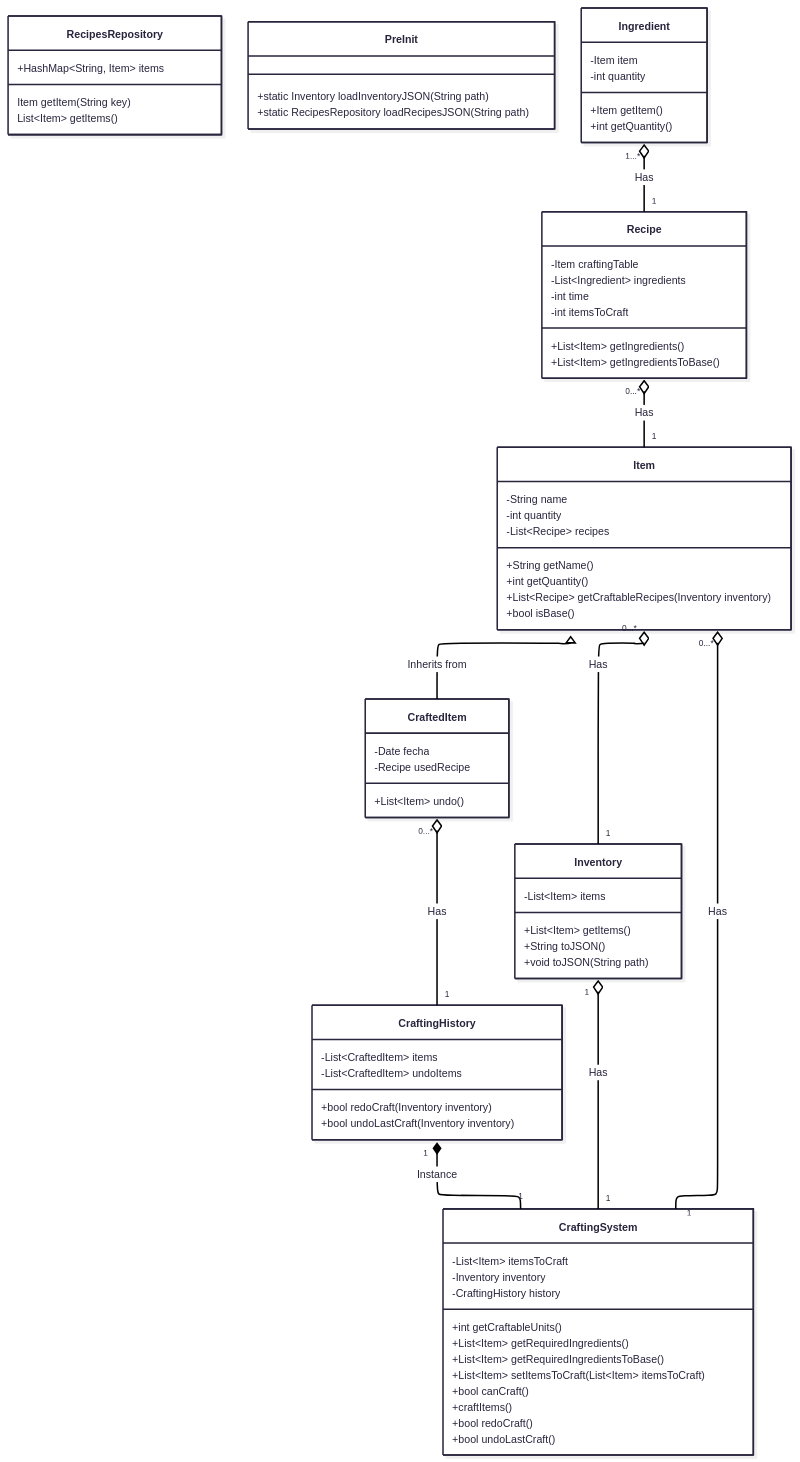
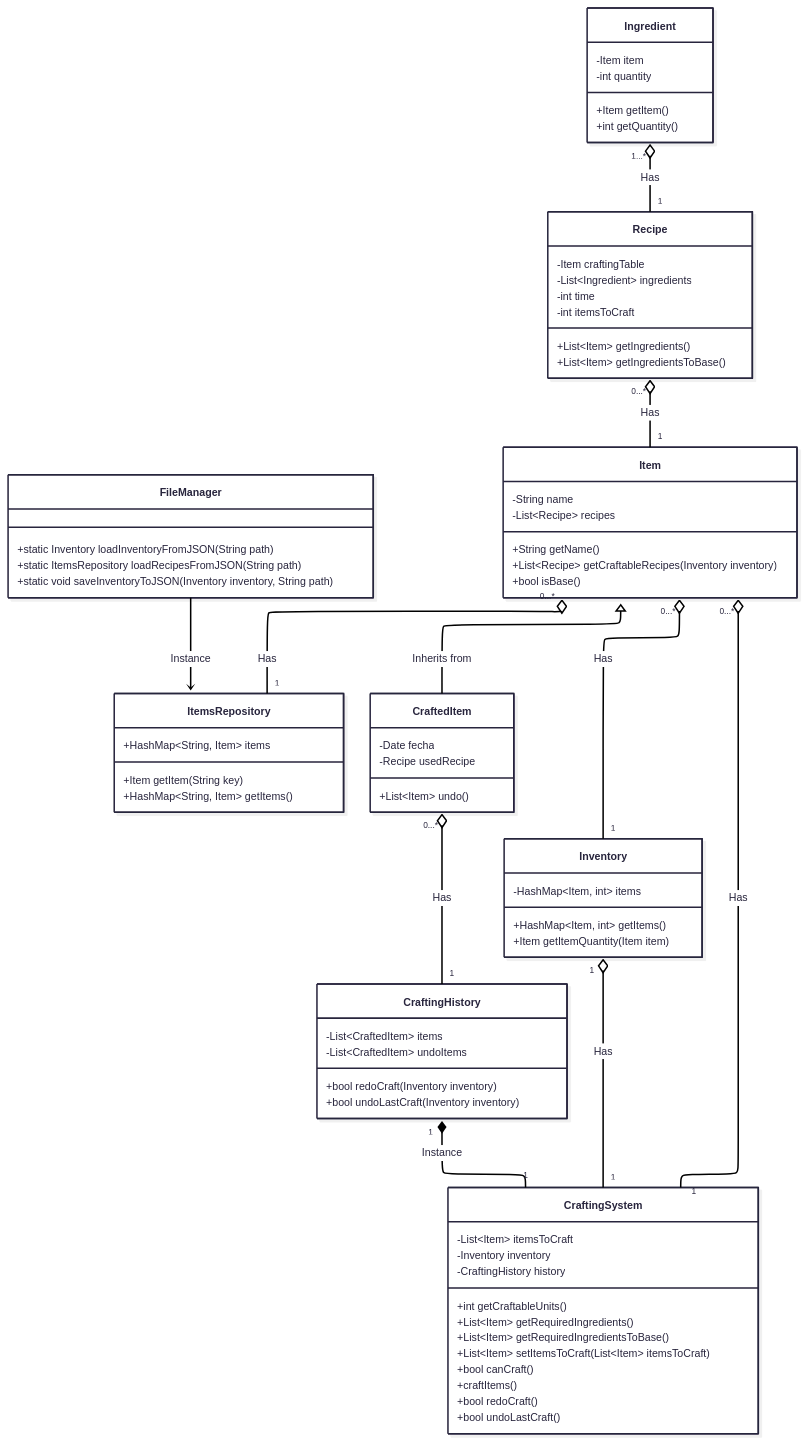
The first of 2 diagrams in README.md (hozlucas28/Java-Practical-Work-2025), drawn with Mermaid before and after one commit.

Commit message:
doc: improve class diagram

```diff
--- a/README.md
+++ b/README.md
@@ -64,25 +64,24 @@
 classDiagram
 direction TB
 
-    class RecipesRepository {
+    class FileManager {
+	    +static Inventory loadInventoryFromJSON(String path)
+	    +static ItemsRepository loadRecipesFromJSON(String path)
+	    +static void saveInventoryToJSON(Inventory inventory, String path)
+    }
+
+    class ItemsRepository {
 	    +HashMap~String, Item~ items
 
-	    Item getItem(String key)
-	    List~Item~ getItems()
-    }
-
-    class PreInit {
-	    +static Inventory loadInventoryJSON(String path)
-	    +static RecipesRepository loadRecipesJSON(String path)
+	    +Item getItem(String key)
+	    +HashMap~String, Item~ getItems()
     }
 
     class Item {
 	    -String name
-	    -int quantity
 	    -List~Recipe~ recipes
 
 	    +String getName()
-	    +int getQuantity()
 	    +List~Recipe~ getCraftableRecipes(Inventory inventory)
 	    +bool isBase()
     }
@@ -98,11 +97,10 @@
     }
 
     class Inventory {
-	    -List~Item~ items
+        -HashMap~Item, int~ items
 
-	    +List~Item~ getItems()
-	    +String toJSON()
-	    +void toJSON(String path)
+	    +HashMap~Item, int~ getItems()
+	    +Item getItemQuantity(Item item)
     }
 
     class CraftedItem {
@@ -143,6 +141,9 @@
 	    +bool undoLastCraft(Inventory inventory)
     }
 
+    FileManager --> ItemsRepository : Instance
+    Item "0...*" o-- "1" ItemsRepository : Has
+
     Recipe "0...*" o-- "1" Item : Has
 
     Item "0...*" o-- "1" Inventory : Has
```
